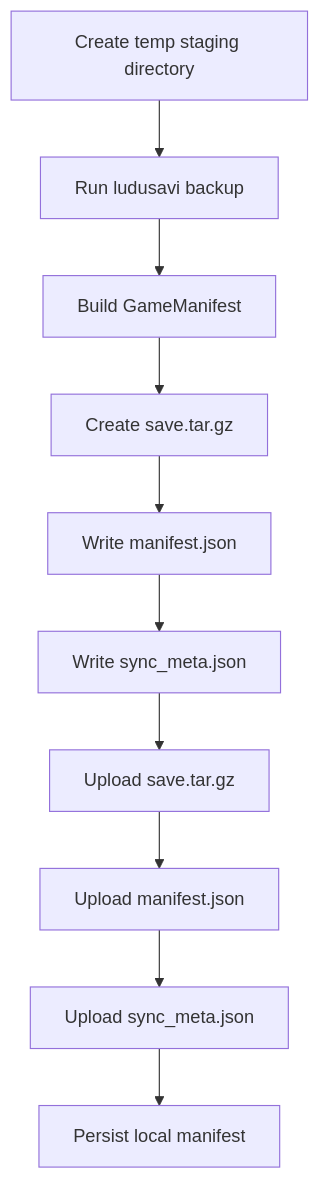
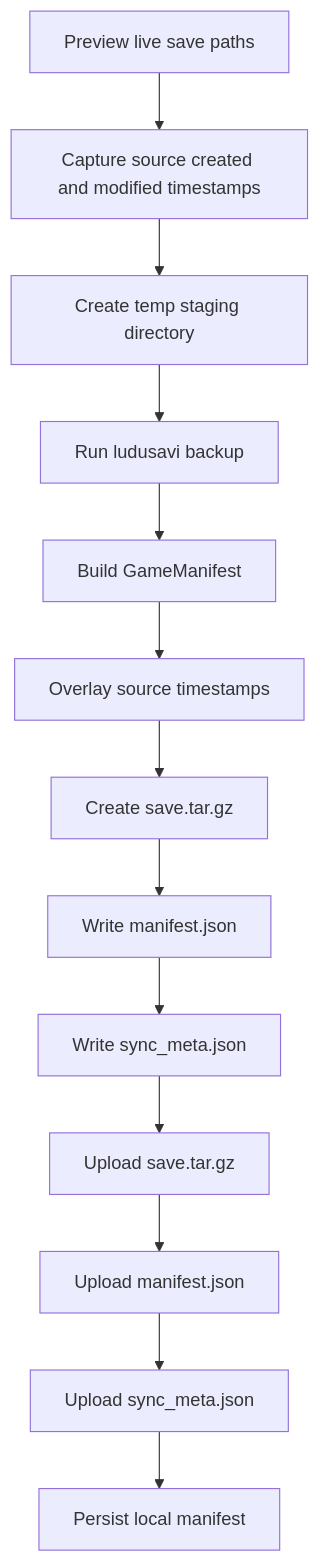
Before and after one commit to d1p/savesync: the fourth of 6 diagrams in docs/TECHNICAL.md, drawn with Mermaid. The commit also changed other lines of this file and 15 other files, not shown here.

First line of the commit message:
feat: confidence scoring, directory scanning, UI timestamps, auto-resolve safe conflicts

````diff
--- a/docs/TECHNICAL.md
+++ b/docs/TECHNICAL.md
@@ -169,12 +212,15 @@
 ```mermaid
 flowchart TD
-    A[Create temp staging directory] --> B[Run ludusavi backup]
-    B --> C[Build GameManifest]
-    C --> D[Create save.tar.gz]
-    D --> E[Write manifest.json]
-    E --> F[Write sync_meta.json]
-    F --> G[Upload save.tar.gz]
-    G --> H[Upload manifest.json]
-    H --> I[Upload sync_meta.json]
-    I --> J[Persist local manifest]
+    A[Preview live save paths] --> B[Capture source created and modified timestamps]
+    B --> C[Create temp staging directory]
+    C --> D[Run ludusavi backup]
+    D --> E[Build GameManifest]
+    E --> F[Overlay source timestamps]
+    F --> G[Create save.tar.gz]
+    G --> H[Write manifest.json]
+    H --> I[Write sync_meta.json]
+    I --> J[Upload save.tar.gz]
+    J --> K[Upload manifest.json]
+    K --> L[Upload sync_meta.json]
+    L --> M[Persist local manifest]
 ```
````
